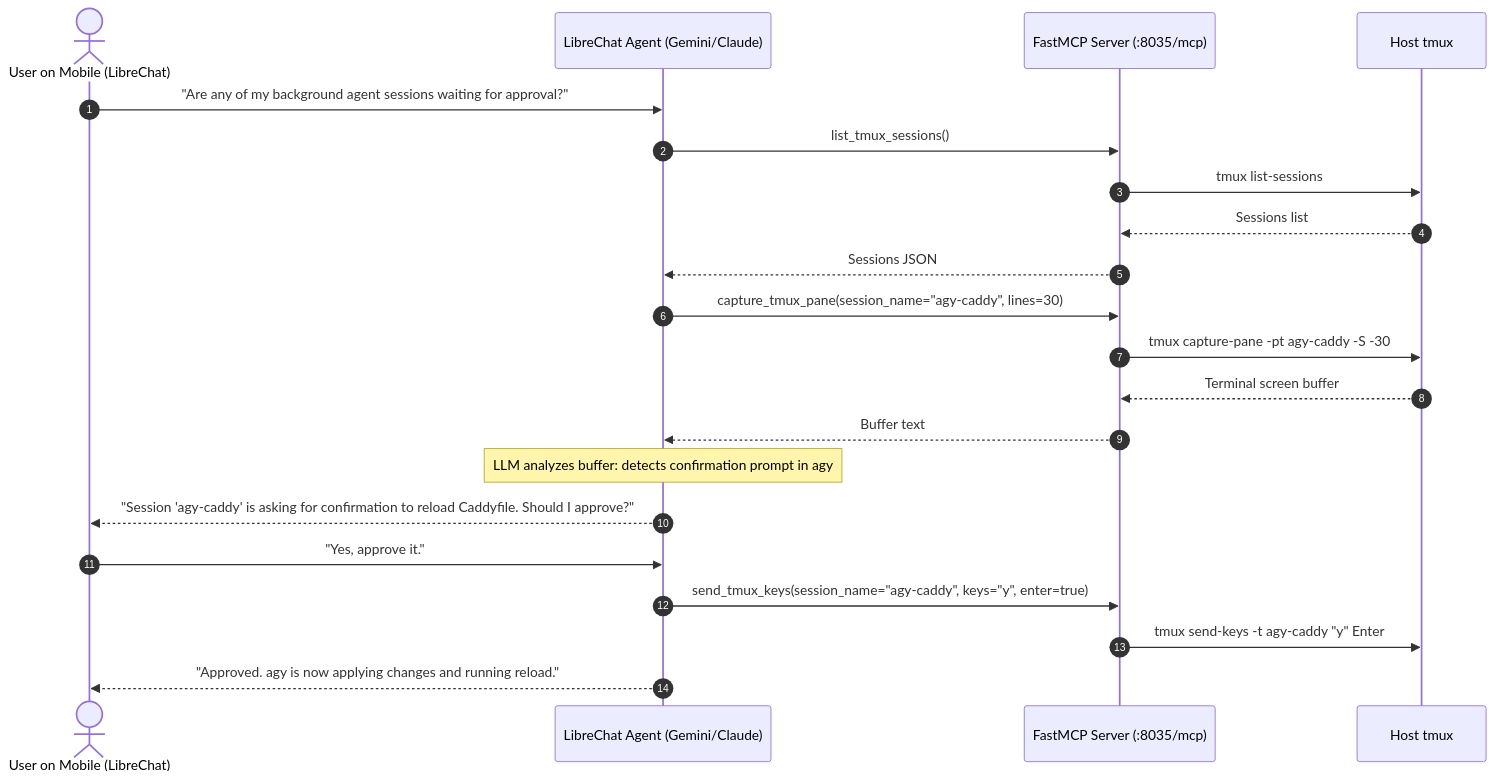
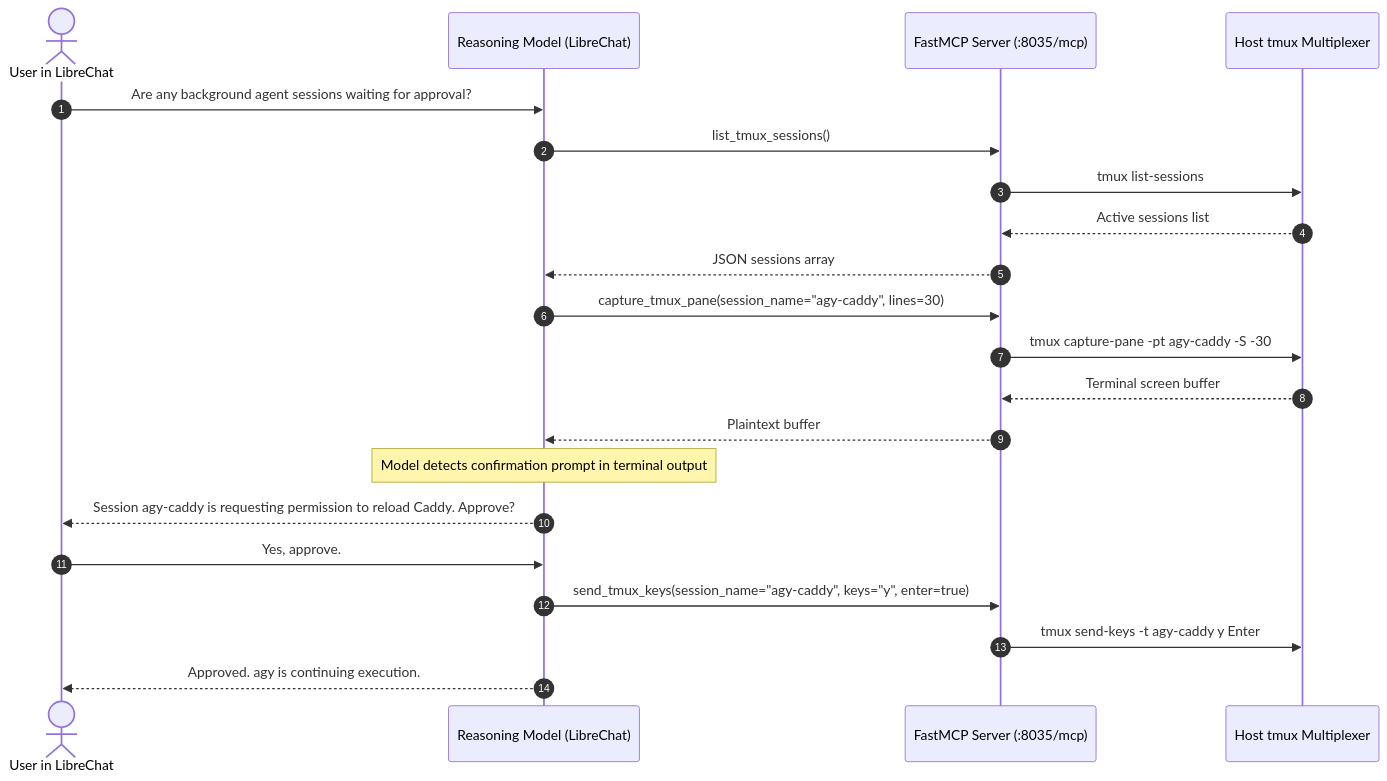
Before and after one commit to spelech/LibreChatTmuxBridge: the diagram in docs/architecture/mcp-copilot.md, drawn with Mermaid. The commit also changed other lines of this file and 4 other files, not shown here.

Commit message:
docs(vitepress): configure base path for preview hub and fix mermaid diagram rendering

````diff
--- a/docs/architecture/mcp-copilot.md
+++ b/docs/architecture/mcp-copilot.md
@@ -9,24 +9,24 @@
 ```mermaid
 sequenceDiagram
     autonumber
-    actor User as User on Mobile (LibreChat)
-    participant LC as LibreChat Agent (Gemini/Claude)
+    actor User as User in LibreChat
+    participant LC as Reasoning Model (LibreChat)
     participant MCP as FastMCP Server (:8035/mcp)
-    participant TM as Host tmux
+    participant TM as Host tmux Multiplexer
 
-    User->>LC: "Are any of my background agent sessions waiting for approval?"
+    User->>LC: Are any background agent sessions waiting for approval?
     LC->>MCP: list_tmux_sessions()
     MCP->>TM: tmux list-sessions
-    TM-->>MCP: Sessions list
-    MCP-->>LC: Sessions JSON
+    TM-->>MCP: Active sessions list
+    MCP-->>LC: JSON sessions array
     LC->>MCP: capture_tmux_pane(session_name="agy-caddy", lines=30)
     MCP->>TM: tmux capture-pane -pt agy-caddy -S -30
     TM-->>MCP: Terminal screen buffer
-    MCP-->>LC: Buffer text
-    Note over LC: LLM analyzes buffer: detects confirmation prompt in agy
-    LC-->>User: "Session 'agy-caddy' is asking for confirmation to reload Caddyfile. Should I approve?"
-    User->>LC: "Yes, approve it."
+    MCP-->>LC: Plaintext buffer
+    Note over LC: Model detects confirmation prompt in terminal output
+    LC-->>User: Session agy-caddy is requesting permission to reload Caddy. Approve?
+    User->>LC: Yes, approve.
     LC->>MCP: send_tmux_keys(session_name="agy-caddy", keys="y", enter=true)
-    MCP->>TM: tmux send-keys -t agy-caddy "y" Enter
-    LC-->>User: "Approved. agy is now applying changes and running reload."
+    MCP->>TM: tmux send-keys -t agy-caddy y Enter
+    LC-->>User: Approved. agy is continuing execution.
 ```
````
